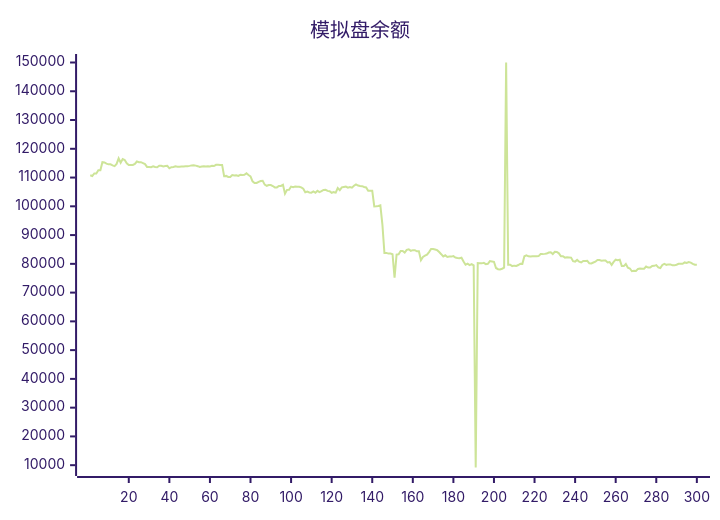
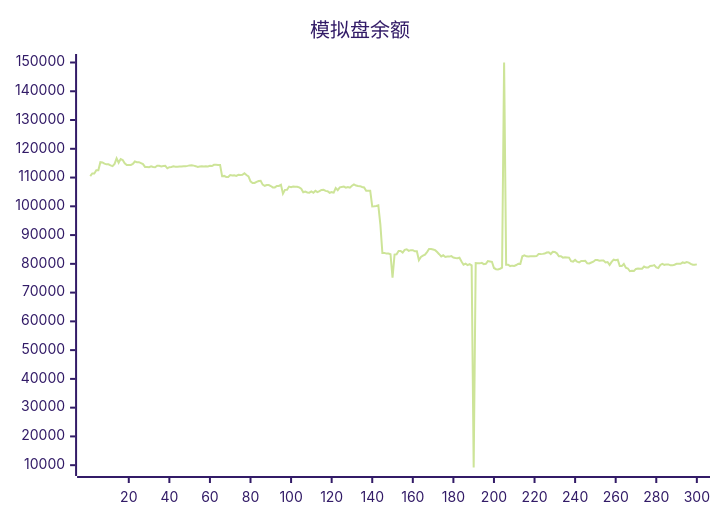
One commit to aahl/ai-trading changed the diagram in README.md. Above: the diagram before and after it, drawn with Mermaid (forest theme). The commit also changed other lines of this file and 1 other file, not shown here.

````diff
--- a/README.md
+++ b/README.md
@@ -5,5 +5,5 @@
 ```mermaid
 xychart
     title "模拟盘余额"
-    line [110814,110531,111421,111421,112518,112522,115341,115266,114830,114584,114588,114231,113973,114726,116697,115160,116423,116083,114950,114365,114365,114388,114730,115582,115358,115358,115032,114686,113688,113688,113610,113930,113672,113585,114083,114074,113840,113996,114051,113208,113593,113701,113901,113794,113784,113810,113848,113927,113929,114064,114232,114293,114144,113960,113698,113853,113942,113812,113908,113877,114091,113998,114427,114422,114384,114384,110477,110576,110198,110198,110890,110712,110812,110569,110929,110847,110968,111478,110870,110433,108661,108116,108115,108485,108797,108877,107536,107134,107393,107393,107046,106565,106565,107081,107081,107478,104404,105715,105749,106866,106651,106889,106771,106816,106565,106141,104876,105103,104796,104734,105169,104690,105380,104941,105272,105709,105739,105374,105227,104691,104924,104762,106364,105628,106608,106748,106872,106485,106721,106468,107132,107620,107224,107080,107001,106717,106567,105431,105431,105440,99950,100017,100113,100337,93749,83795,83807,83567,83567,83342,75168,83222,83336,84448,84449,83896,84839,85065,84499,84757,84757,84364,84347,81254,82385,82835,83184,84099,85150,85150,85002,84751,84096,83356,82582,82983,82404,82572,82512,82688,82200,82047,81920,82125,80840,79688,80060,79552,79920,79470,9193,80236,80208,80170,80336,79894,80006,80954,80837,80712,78561,78139,78037,78293,78682,150000,79720,79720,79214,79372,79279,79591,80046,79993,82625,82950,82626,82571,82633,82670,82670,82681,83386,83378,83464,83579,83920,84037,83402,84160,84142,83652,82655,82655,82145,82315,82243,82163,80934,80770,81371,80742,80468,80989,80989,81067,80191,80155,80450,80737,81309,81309,81106,81119,81119,80471,80631,79624,80670,81448,81290,81429,79212,79222,79940,78643,78380,77432,77623,77504,78235,78358,78284,78277,79048,78714,78714,79290,79308,79567,78763,78563,79603,79988,79652,79813,79813,79476,79469,79673,79995,80015,80015,80486,80314,80600,80436,79966,79689,79689]
+    line [110531,111421,111421,112518,112522,115341,115266,114830,114584,114588,114231,113973,114726,116697,115160,116423,116083,114950,114365,114365,114388,114730,115582,115358,115358,115032,114686,113688,113688,113610,113930,113672,113585,114083,114074,113840,113996,114051,113208,113593,113701,113901,113794,113784,113810,113848,113927,113929,114064,114232,114293,114144,113960,113698,113853,113942,113812,113908,113877,114091,113998,114427,114422,114384,114384,110477,110576,110198,110198,110890,110712,110812,110569,110929,110847,110968,111478,110870,110433,108661,108116,108115,108485,108797,108877,107536,107134,107393,107393,107046,106565,106565,107081,107081,107478,104404,105715,105749,106866,106651,106889,106771,106816,106565,106141,104876,105103,104796,104734,105169,104690,105380,104941,105272,105709,105739,105374,105227,104691,104924,104762,106364,105628,106608,106748,106872,106485,106721,106468,107132,107620,107224,107080,107001,106717,106567,105431,105431,105440,99950,100017,100113,100337,93749,83795,83807,83567,83567,83342,75168,83222,83336,84448,84449,83896,84839,85065,84499,84757,84757,84364,84347,81254,82385,82835,83184,84099,85150,85150,85002,84751,84096,83356,82582,82983,82404,82572,82512,82688,82200,82047,81920,82125,80840,79688,80060,79552,79920,79470,9193,80236,80208,80170,80336,79894,80006,80954,80837,80712,78561,78139,78037,78293,78682,150000,79720,79720,79214,79372,79279,79591,80046,79993,82625,82950,82626,82571,82633,82670,82670,82681,83386,83378,83464,83579,83920,84037,83402,84160,84142,83652,82655,82655,82145,82315,82243,82163,80934,80770,81371,80742,80468,80989,80989,81067,80191,80155,80450,80737,81309,81309,81106,81119,81119,80471,80631,79624,80670,81448,81290,81429,79212,79222,79940,78643,78380,77432,77623,77504,78235,78358,78284,78277,79048,78714,78714,79290,79308,79567,78763,78563,79603,79988,79652,79813,79813,79476,79469,79673,79995,80015,80015,80486,80314,80600,80436,79966,79689,79689,79819]
 ```
````
